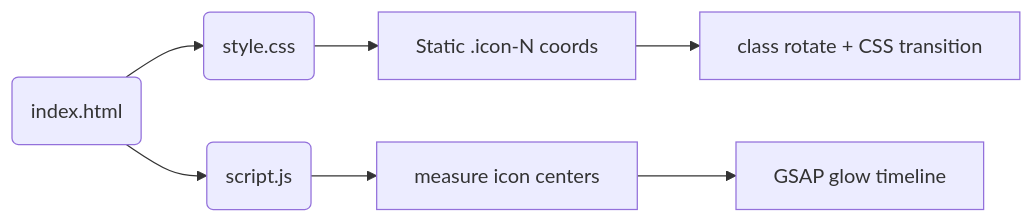
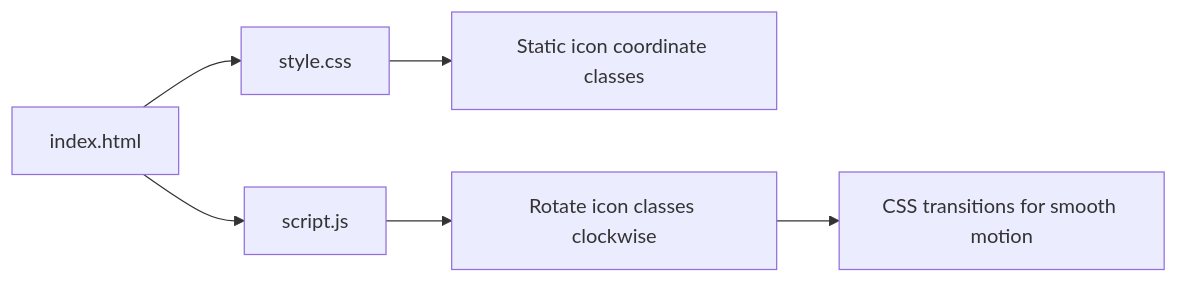
The third of 3 diagrams in README.md (AmolJadhav97/amoljadhavsportfolio), drawn with Mermaid before and after one commit. The commit also changed other lines of this file, not shown here.

````diff
--- a/README.md
+++ b/README.md
@@ -206,9 +207,8 @@
 ```mermaid
 flowchart LR
-  HTML(index.html) --> CSS(style.css)
-  HTML --> JS(script.js)
-  CSS --> POSITIONS[Static .icon-N coords]
-  JS --> MEASURE[measure icon centers]
-  MEASURE --> GLOW[GSAP glow timeline]
-  POSITIONS --> ICON_MOTION[class rotate + CSS transition]
+  HTML["index.html"] --> CSS["style.css"]
+  HTML --> JS["script.js"]
+  CSS --> POSITIONS["Static icon coordinate classes"]
+  JS --> ROTATE["Rotate icon classes clockwise"]
+  ROTATE --> ICON_MOTION["CSS transitions for smooth motion"]
 ```
````
